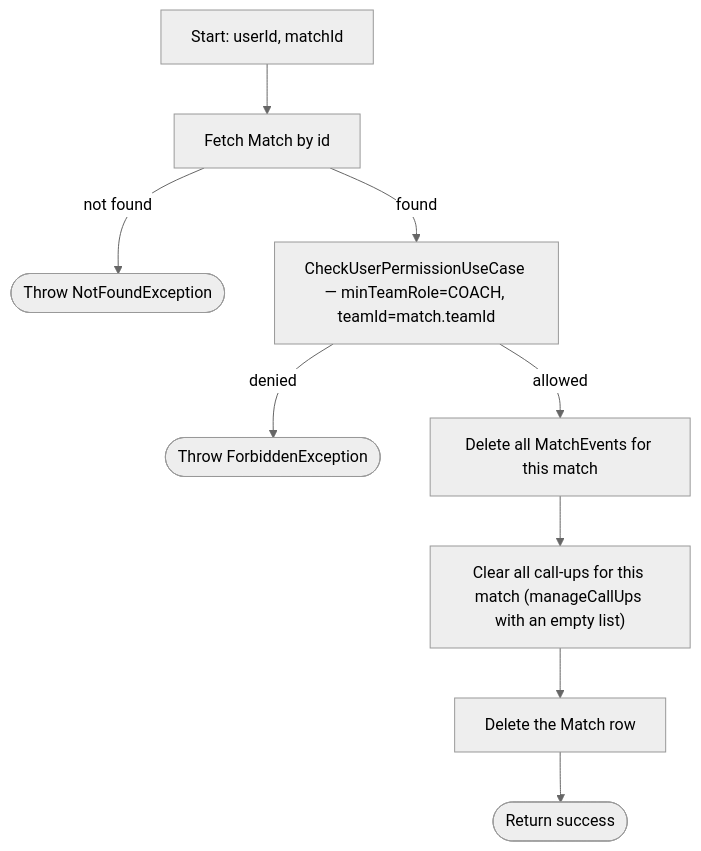
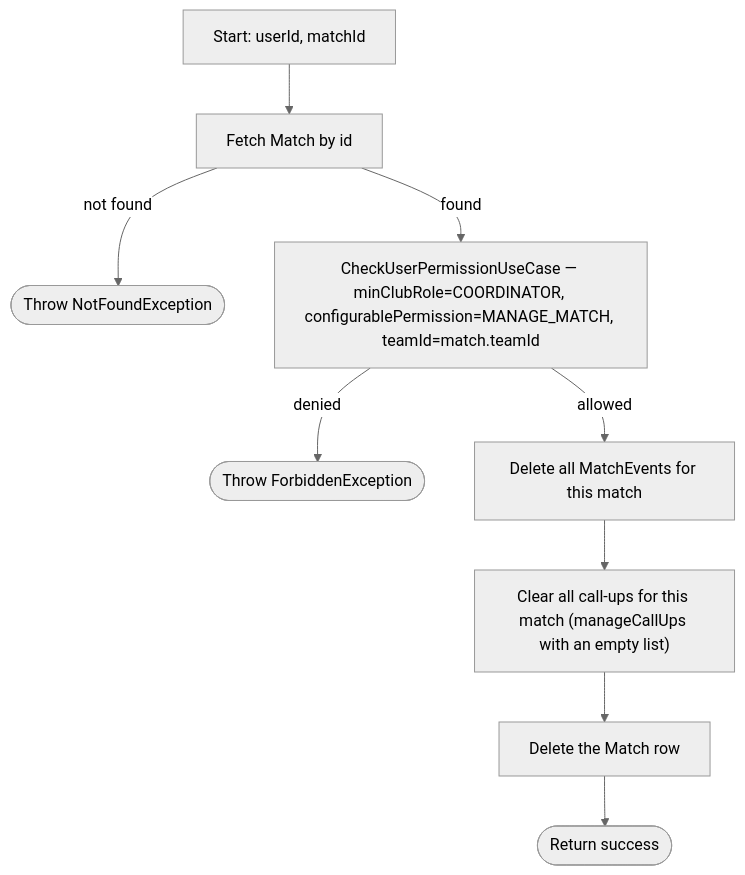
Diagram 42 of 57 in PROCESS_FLOWS.md (ricardofrango/squadify), drawn with Mermaid (neutral theme) before and after one commit. The commit also changed other lines of this file and 87 other files, not shown here.

First line of the commit message:
Add configurable club permissions

````diff
--- a/PROCESS_FLOWS.md
+++ b/PROCESS_FLOWS.md
@@ -834,11 +894,11 @@
 ```mermaid
 graph TD
     A[Start: userId, matchId] --> B[Fetch Match by id]
     B -- not found --> N(["Throw NotFoundException"])
-    B -- found --> C[CheckUserPermissionUseCase — minTeamRole=COACH, teamId=match.teamId]
+    B -- found --> C[CheckUserPermissionUseCase — minClubRole=COORDINATOR, configurablePermission=MANAGE_MATCH, teamId=match.teamId]
     C -- denied --> F(["Throw ForbiddenException"])
     C -- allowed --> D["Delete all MatchEvents for this match"]
     D --> E["Clear all call-ups for this match (manageCallUps with an empty list)"]
     E --> G["Delete the Match row"]
     G --> Z(["Return success"])
 ```
````
